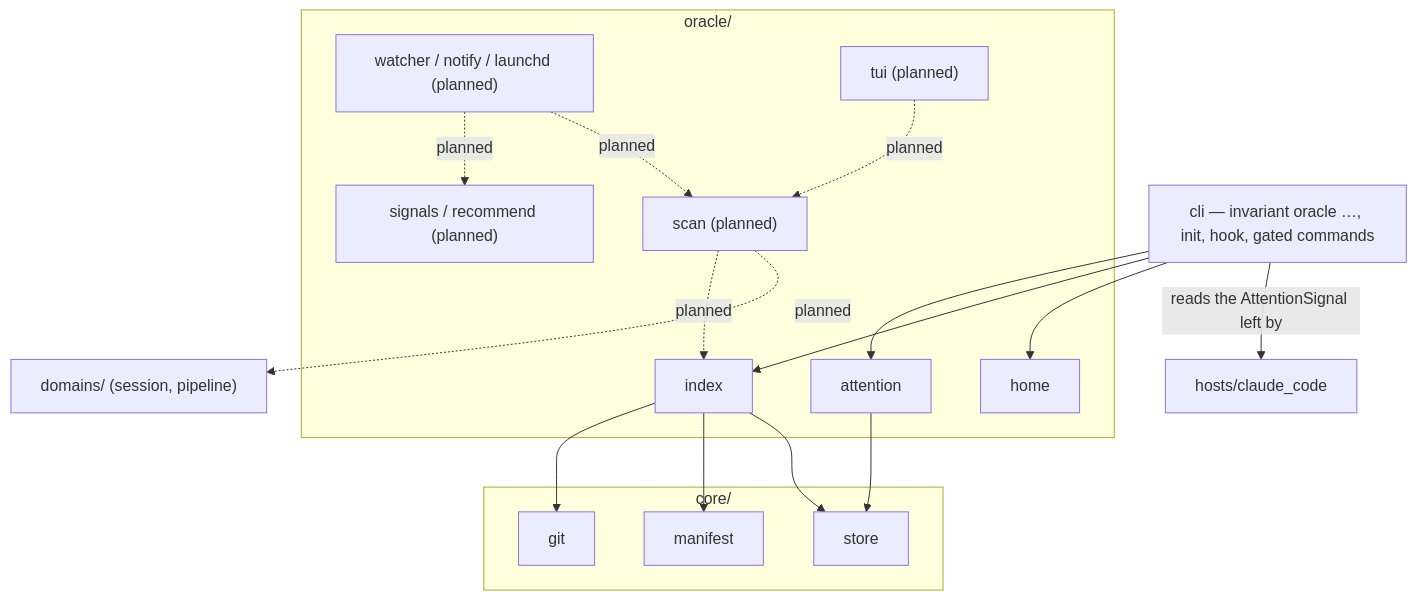
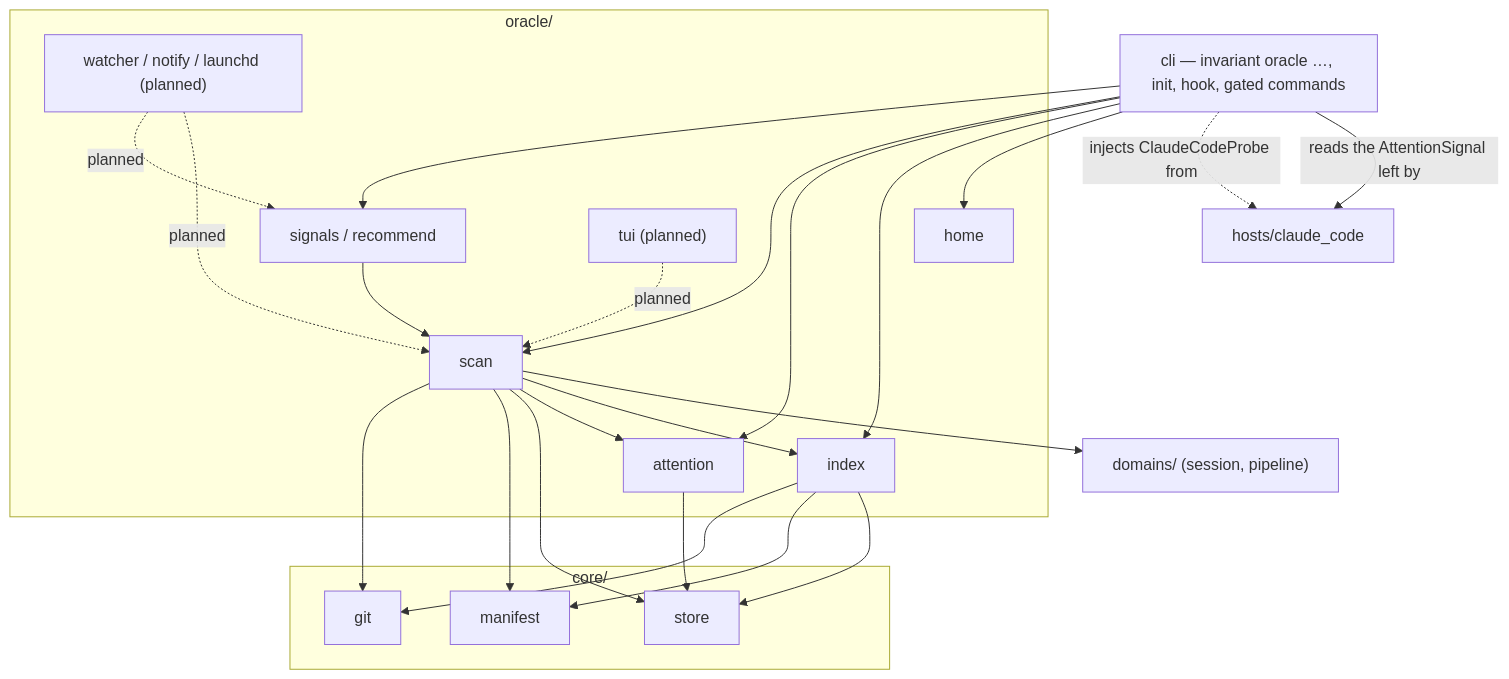
Before and after one commit to Mindchallenges/Invariant: the diagram in docs/architecture/oracle.md, drawn with Mermaid. The commit also changed other lines of this file and 13 other files, not shown here.

````diff
--- a/docs/architecture/oracle.md
+++ b/docs/architecture/oracle.md
@@ -24,37 +24,45 @@
 ```mermaid
 graph TD
     CLI[cli — invariant oracle …, init, hook, gated commands]
     HOST["hosts/claude_code"]
 
     subgraph oracle["oracle/"]
         HOME[home]
         INDEX[index]
         ATTN[attention]
-        SCAN["scan (planned)"]
-        SIGNALS["signals / recommend (planned)"]
+        SCAN[scan]
+        SIGNALS["signals / recommend"]
         WATCH["watcher / notify / launchd (planned)"]
         TUI["tui (planned)"]
     end
 
     subgraph core["core/"]
         STORE[store]
         MANIFEST[manifest]
         GIT[git]
     end
 
     DOMAINS["domains/ (session, pipeline)"]
 
     CLI --> HOME
     CLI --> INDEX
     CLI --> ATTN
+    CLI --> SCAN
+    CLI --> SIGNALS
     CLI -- reads the AttentionSignal left by --> HOST
+    CLI -. injects ClaudeCodeProbe from .-> HOST
     ATTN --> STORE
     INDEX --> STORE
     INDEX --> MANIFEST
     INDEX --> GIT
-    SCAN -. planned .-> DOMAINS
-    SCAN -. planned .-> INDEX
+    SCAN --> DOMAINS
+    SCAN --> INDEX
+    SCAN --> ATTN
+    SCAN --> STORE
+    SCAN --> MANIFEST
+    SCAN --> GIT
+    SIGNALS --> SCAN
     WATCH -. planned .-> SCAN
     WATCH -. planned .-> SIGNALS
     TUI -. planned .-> SCAN
 ```
````
